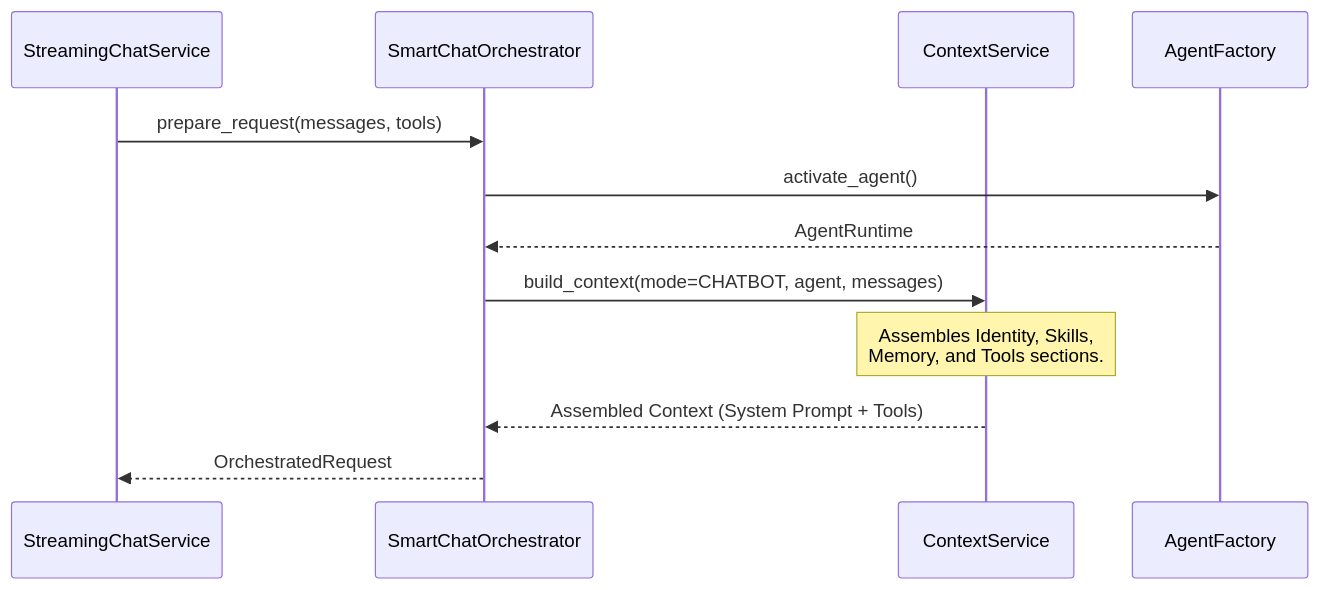
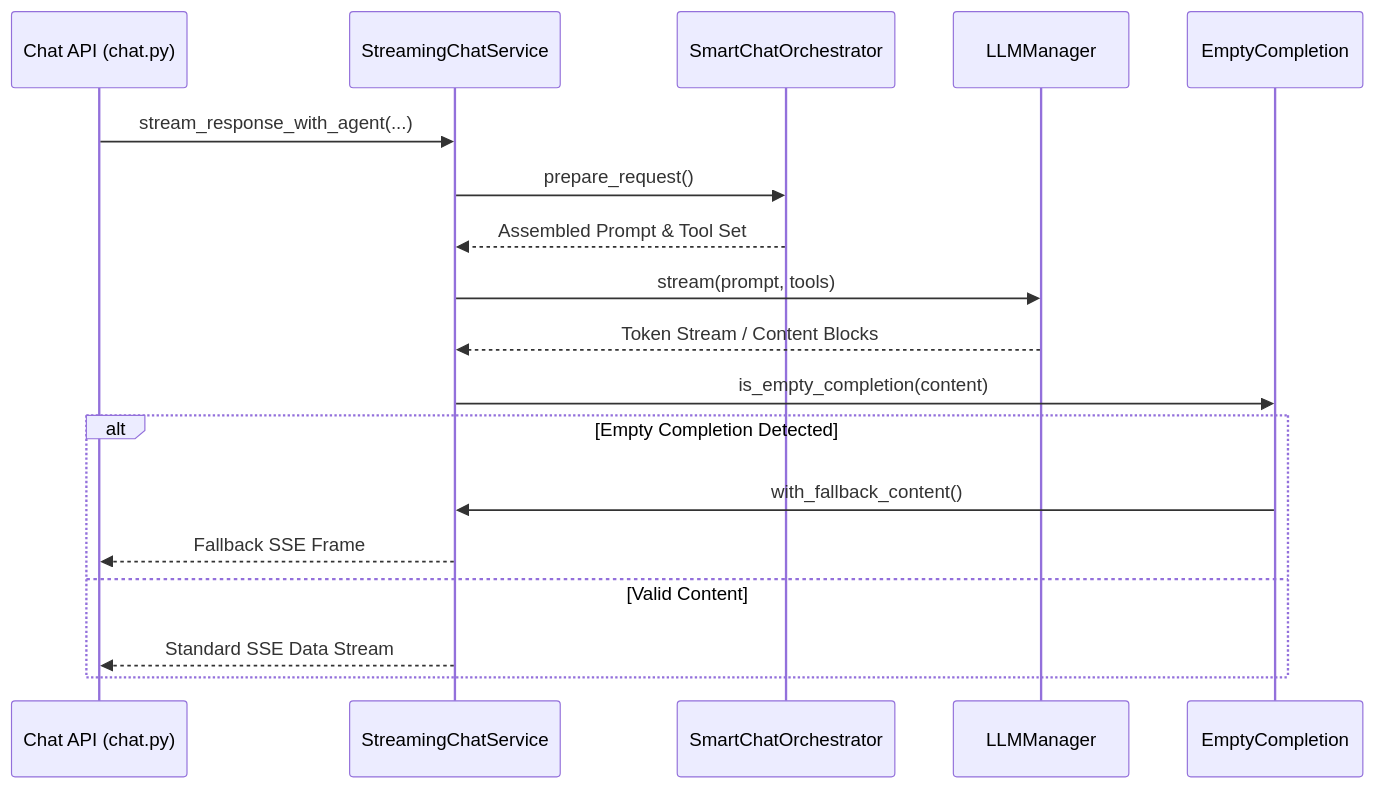
The second of 2 diagrams in docs/chat-interface/streaming-chat-service.md (AutomatosAI/automatos-ai), drawn with Mermaid before and after one commit. The commit also changed other lines of this file and 191 other files, not shown here.

````diff
--- a/docs/chat-interface/streaming-chat-service.md
+++ b/docs/chat-interface/streaming-chat-service.md
@@ -89,15 +101,21 @@
 ```mermaid
 sequenceDiagram
+    participant API as Chat API (chat.py)
     participant SCS as StreamingChatService
     participant SCO as SmartChatOrchestrator
-    participant CS as ContextService
-    participant AF as AgentFactory
+    participant LLM as LLMManager
+    participant EC as EmptyCompletion
 
-    SCS->>SCO: prepare_request(messages, tools)
-    SCO->>AF: activate_agent()
-    AF-->>SCO: AgentRuntime
-    SCO->>CS: build_context(mode=CHATBOT, agent, messages)
-    Note over CS: Assembles Identity, Skills,<br/>Memory, and Tools sections.
-    CS-->>SCO: Assembled Context (System Prompt + Tools)
-    SCO-->>SCS: OrchestratedRequest
+    API->>SCS: stream_response_with_agent(...)
+    SCS->>SCO: prepare_request()
+    SCO-->>SCS: Assembled Prompt & Tool Set
+    SCS->>LLM: stream(prompt, tools)
+    LLM-->>SCS: Token Stream / Content Blocks
+    SCS->>EC: is_empty_completion(content)
+    alt Empty Completion Detected
+        EC->>SCS: with_fallback_content()
+        SCS-->>API: Fallback SSE Frame
+    else Valid Content
+        SCS-->>API: Standard SSE Data Stream
+    end
 ```
````
